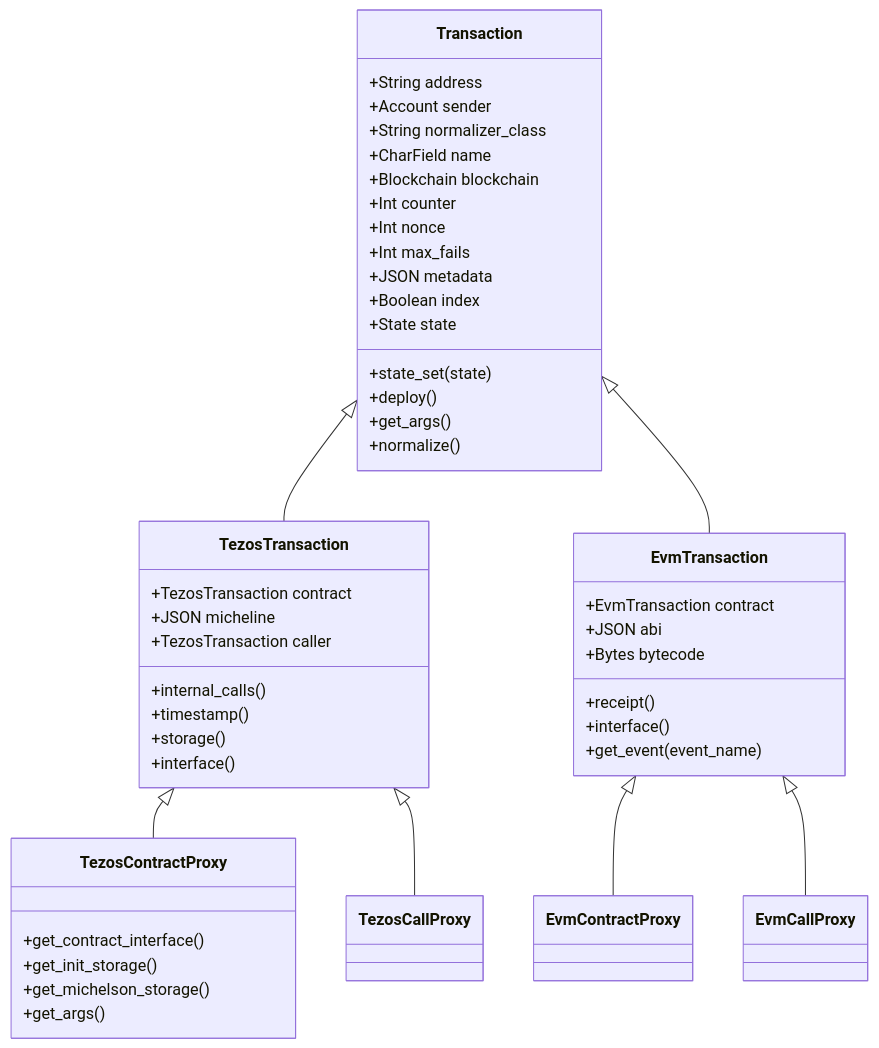
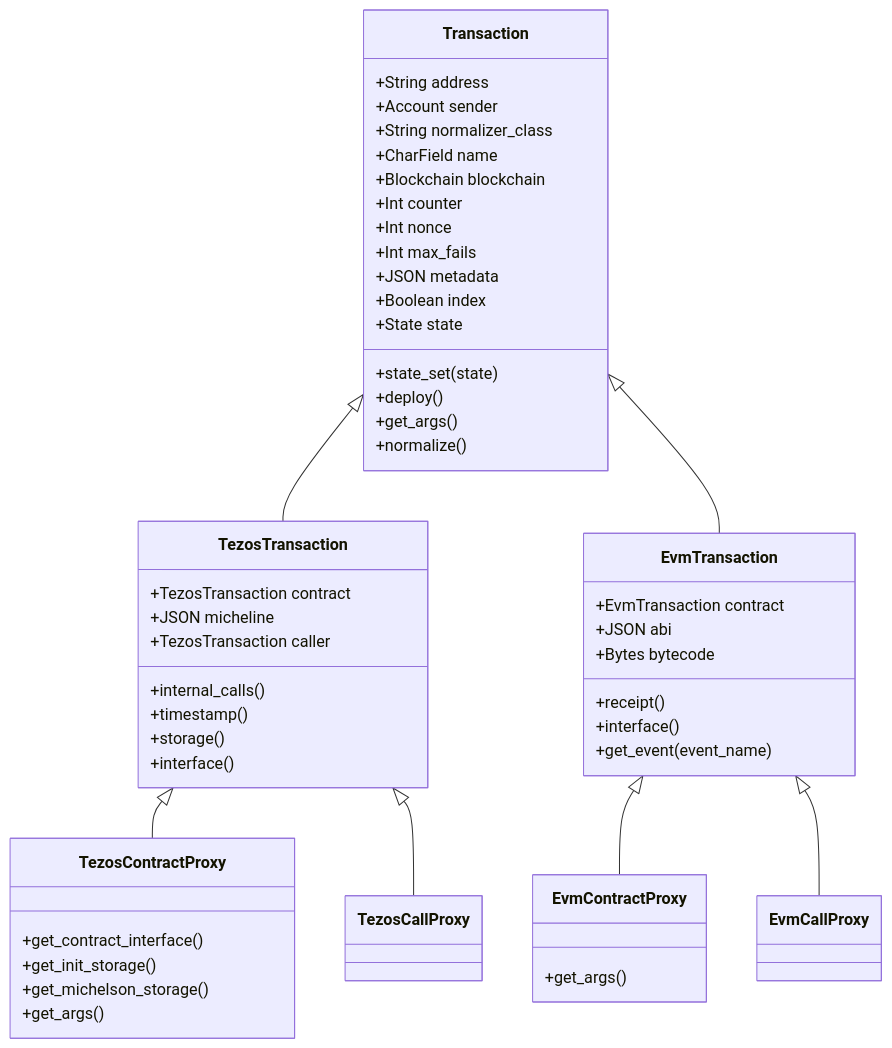
The sixth of 7 diagrams in docs/paper/djwebdapp_v0.5.org (yourlabs/djWebdApp), drawn with Mermaid before and after one commit. The commit also changed other lines of this file and 2 other files, not shown here.

```diff
--- a/docs/paper/djwebdapp_v0.5.org
+++ b/docs/paper/djwebdapp_v0.5.org
@@ -115,58 +241,59 @@
 #+begin_src mermaid :file images/transaction.png :pupeteer-config-file ~/puppeteerConfigFile.json
 classDiagram
     Transaction <|-- TezosTransaction
     Transaction <|-- EvmTransaction
     TezosTransaction <|-- TezosContractProxy
     TezosTransaction <|-- TezosCallProxy
     EvmTransaction <|-- EvmContractProxy
     EvmTransaction <|-- EvmCallProxy
 
     Transaction : +String address
     Transaction : +Account sender
     Transaction : +String normalizer_class
     Transaction : +CharField name
     Transaction : +Blockchain blockchain
     Transaction : +Int counter
     Transaction : +Int nonce
     Transaction : +Int max_fails
     Transaction : +JSON metadata
     Transaction : +Boolean index
     Transaction : +State state
 
     Transaction : +state_set(state)
     Transaction : +deploy()
     Transaction : +get_args()
     Transaction : +normalize()
 
     class TezosTransaction{
         +TezosTransaction contract
         +JSON micheline
         +TezosTransaction caller
 
         +internal_calls()
         +timestamp()
         +storage()
         +interface()
     }
     class TezosContractProxy{
         +get_contract_interface()
         +get_init_storage()
         +get_michelson_storage()
         +get_args()
     }
     class TezosCallProxy{
     }
     class EvmTransaction{
         +EvmTransaction contract
         +JSON abi
         +Bytes bytecode
 
         +receipt()
         +interface()
         +get_event(event_name)
     }
+    class EvmContractProxy{
+        +get_args()
+    }
     class EvmCallProxy{
     }
-    class EvmContractProxy{
-    }
 #+end_src
```
